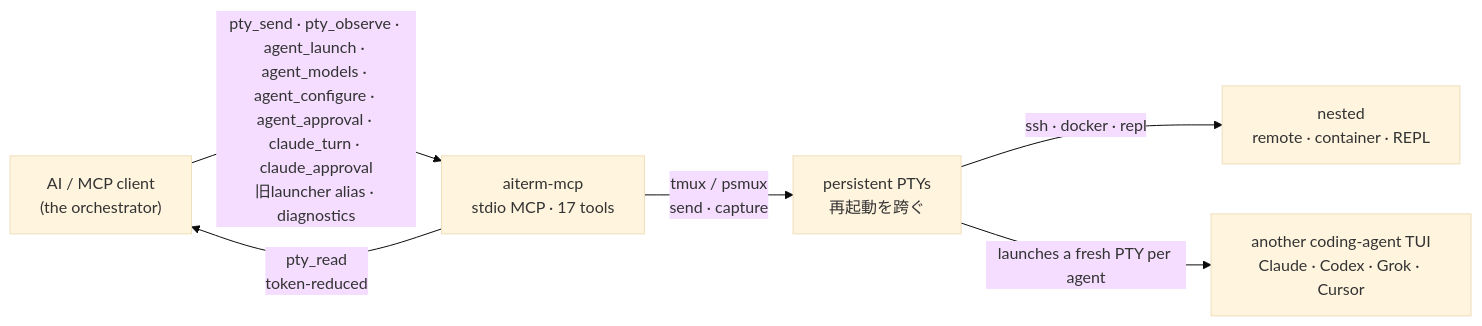
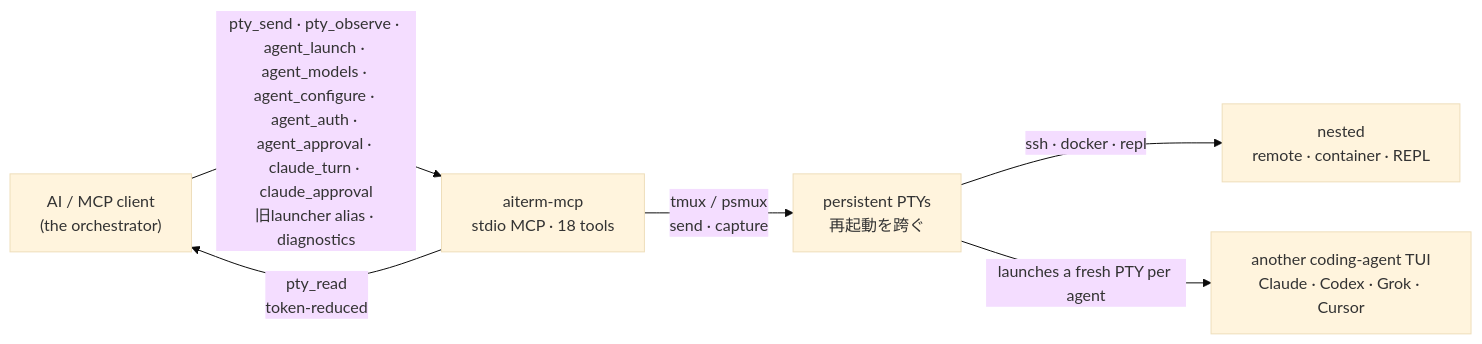
The diagram in README.ja.md (kitepon/aiterm-mcp), drawn with Mermaid (base theme) before and after one commit. The commit also changed other lines of this file and 17 other files, not shown here.

````diff
--- a/README.ja.md
+++ b/README.ja.md
@@ -412,8 +412,8 @@
 ```mermaid
 flowchart LR
-    AI["AI / MCP client<br/>(the orchestrator)"] -->|"pty_send · pty_observe · agent_launch · agent_models · agent_configure · agent_approval · claude_turn · claude_approval<br/>旧launcher alias · diagnostics"| S["aiterm-mcp<br/>stdio MCP · 17 tools"]
+    AI["AI / MCP client<br/>(the orchestrator)"] -->|"pty_send · pty_observe · agent_launch · agent_models · agent_configure · agent_auth · agent_approval · claude_turn · claude_approval<br/>旧launcher alias · diagnostics"| S["aiterm-mcp<br/>stdio MCP · 18 tools"]
     S -->|"pty_read<br/>token-reduced"| AI
     S -->|"tmux / psmux<br/>send · capture"| P["persistent PTYs<br/>再起動を跨ぐ"]
     P -->|"ssh · docker · repl"| R["nested<br/>remote · container · REPL"]
     P -->|"launches a fresh PTY per agent"| A["another coding-agent TUI<br/>Claude · Codex · Grok · Cursor"]
 ```
````
